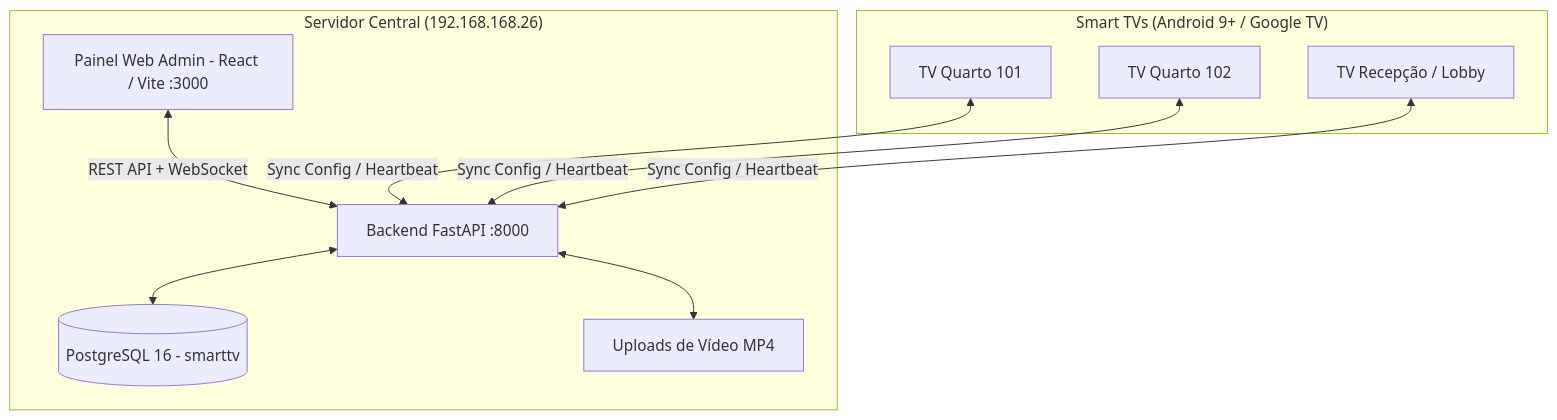
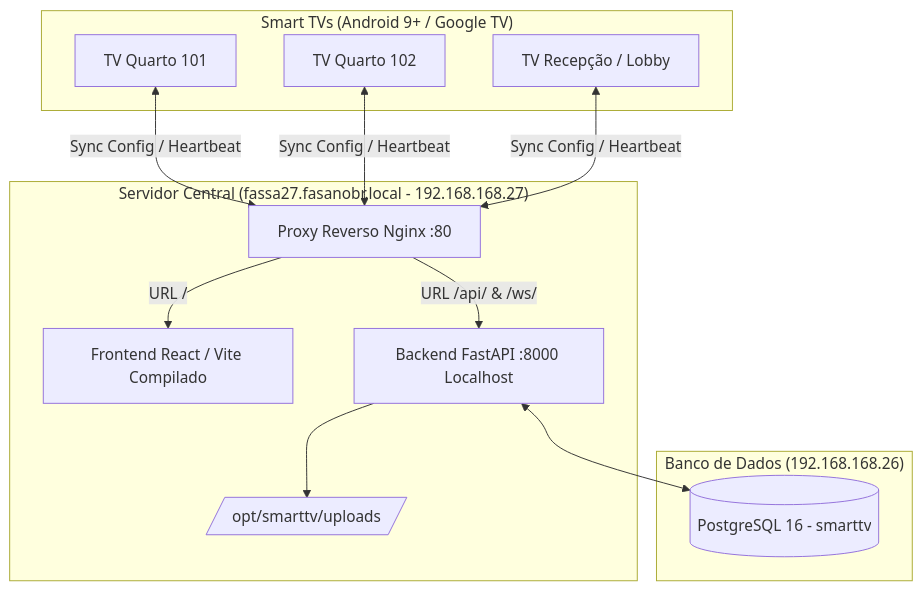
The diagram in README.md (reisdiegoss/smarttv), drawn with Mermaid before and after one commit. The commit also changed other lines of this file and 6 other files, not shown here.

Commit message:
docs: add production URLs, proxy config, and updater guide

````diff
--- a/README.md
+++ b/README.md
@@ -9,23 +61,28 @@
 ```mermaid
 graph TD
-    subgraph "Servidor Central (192.168.168.26)"
-        WP[Painel Web Admin - React / Vite :3000]
-        API[Backend FastAPI :8000]
+    subgraph "Servidor Central (fassa27.fasanobr.local - 192.168.168.27)"
+        PROXY[Proxy Reverso Nginx :80]
+        WP[Frontend React / Vite Compilado]
+        API[Backend FastAPI :8000 Localhost]
+        STORAGE[/opt/smarttv/uploads/]
+
+        PROXY -->|URL /| WP
+        PROXY -->|URL /api/ & /ws/| API
+        API --> STORAGE
+    end
+
+    subgraph "Banco de Dados (192.168.168.26)"
         DB[(PostgreSQL 16 - smarttv)]
-        STORAGE[Uploads de Vídeo MP4]
-
-        WP <-->|REST API + WebSocket| API
         API <--> DB
-        API <--> STORAGE
     end
 
     subgraph "Smart TVs (Android 9+ / Google TV)"
         TV1[TV Quarto 101]
         TV2[TV Quarto 102]
         TV3[TV Recepção / Lobby]
     end
 
-    TV1 <-->|Sync Config / Heartbeat| API
-    TV2 <-->|Sync Config / Heartbeat| API
-    TV3 <-->|Sync Config / Heartbeat| API
+    TV1 <-->|Sync Config / Heartbeat| PROXY
+    TV2 <-->|Sync Config / Heartbeat| PROXY
+    TV3 <-->|Sync Config / Heartbeat| PROXY
 ```
````
